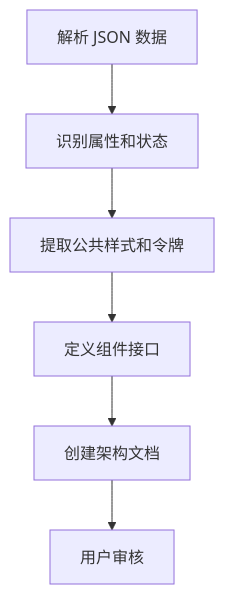
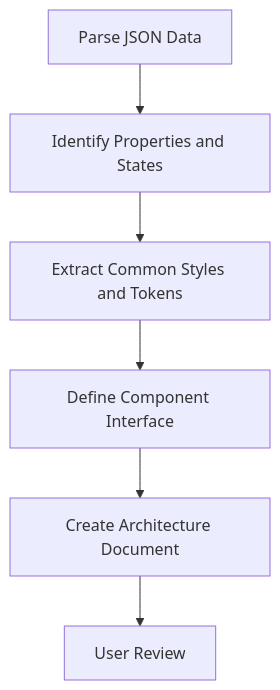
The second of 5 diagrams in src/markdown/component-workflow.md (mastergo-design/mastergo-magic-mcp), drawn with Mermaid before and after one commit. The commit also changed other lines of this file and 1 other file, not shown here.

First line of the commit message:
refactor: update component documentation for clarity and consistency

````diff
--- a/src/markdown/component-workflow.md
+++ b/src/markdown/component-workflow.md
@@ -30,8 +30,8 @@
 ```mermaid
 graph TD
-    A1[解析 JSON 数据] --> A2[识别属性和状态]
-    A2 --> A3[提取公共样式和令牌]
-    A3 --> A4[定义组件接口]
-    A4 --> A5[创建架构文档]
-    A5 --> A6[用户审核]
+    A1[Parse JSON Data] --> A2[Identify Properties and States]
+    A2 --> A3[Extract Common Styles and Tokens]
+    A3 --> A4[Define Component Interface]
+    A4 --> A5[Create Architecture Document]
+    A5 --> A6[User Review]
 ```
````
